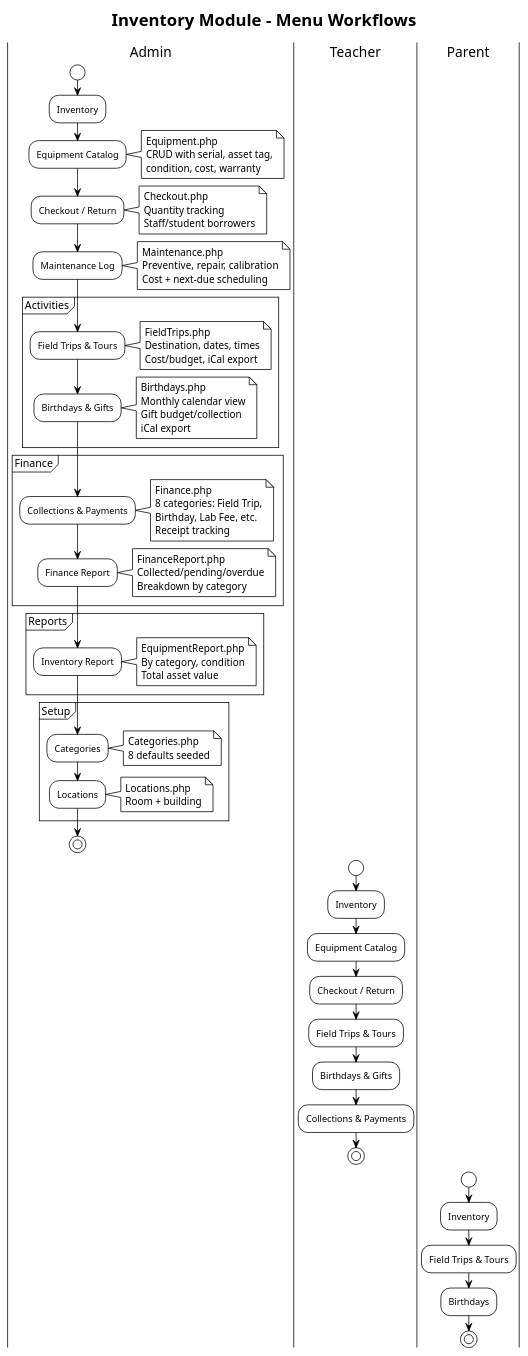
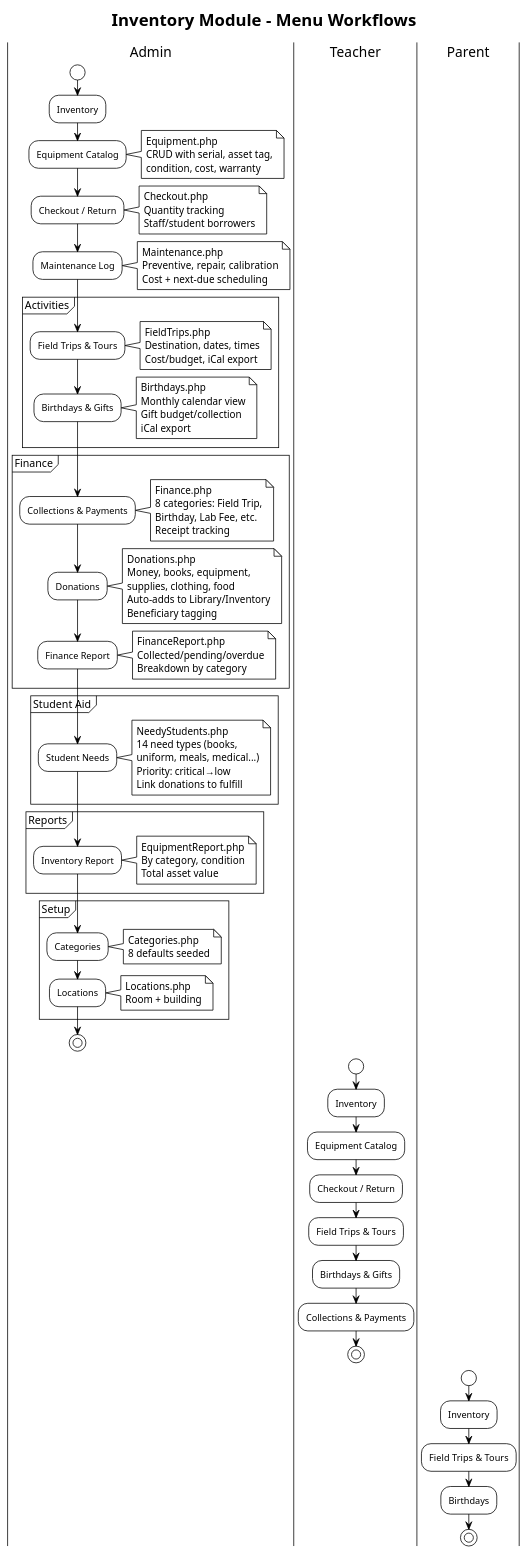
The diagram in docs/diagrams/inventory.puml (CLK-AL/openSIS-Classic), drawn with PlantUML before and after one commit. The commit also changed 7 other files, not shown here.

```diff
--- a/docs/diagrams/inventory.puml
+++ b/docs/diagrams/inventory.puml
@@ -1,66 +1,74 @@
 @startuml inventory
 !theme plain
 title Inventory Module - Menu Workflows
 
 |Admin|
 start
 :Inventory;
 
 :Equipment Catalog;
 note right: Equipment.php\nCRUD with serial, asset tag,\ncondition, cost, warranty
 
 :Checkout / Return;
 note right: Checkout.php\nQuantity tracking\nStaff/student borrowers
 
 :Maintenance Log;
 note right: Maintenance.php\nPreventive, repair, calibration\nCost + next-due scheduling
 
 partition "Activities" {
   :Field Trips & Tours;
   note right: FieldTrips.php\nDestination, dates, times\nCost/budget, iCal export
 
   :Birthdays & Gifts;
   note right: Birthdays.php\nMonthly calendar view\nGift budget/collection\niCal export
 }
 
 partition "Finance" {
   :Collections & Payments;
   note right: Finance.php\n8 categories: Field Trip,\nBirthday, Lab Fee, etc.\nReceipt tracking
 
+  :Donations;
+  note right: Donations.php\nMoney, books, equipment,\nsupplies, clothing, food\nAuto-adds to Library/Inventory\nBeneficiary tagging
+
   :Finance Report;
   note right: FinanceReport.php\nCollected/pending/overdue\nBreakdown by category
+}
+
+partition "Student Aid" {
+  :Student Needs;
+  note right: NeedyStudents.php\n14 need types (books,\nuniform, meals, medical...)\nPriority: critical→low\nLink donations to fulfill
 }
 
 partition "Reports" {
   :Inventory Report;
   note right: EquipmentReport.php\nBy category, condition\nTotal asset value
 }
 
 partition "Setup" {
   :Categories;
   note right: Categories.php\n8 defaults seeded
 
   :Locations;
   note right: Locations.php\nRoom + building
 }
 
 stop
 
 |Teacher|
 start
 :Inventory;
 :Equipment Catalog;
 :Checkout / Return;
 :Field Trips & Tours;
 :Birthdays & Gifts;
 :Collections & Payments;
 stop
 
 |Parent|
 start
 :Inventory;
 :Field Trips & Tours;
 :Birthdays;
 stop
 
 @enduml
```
